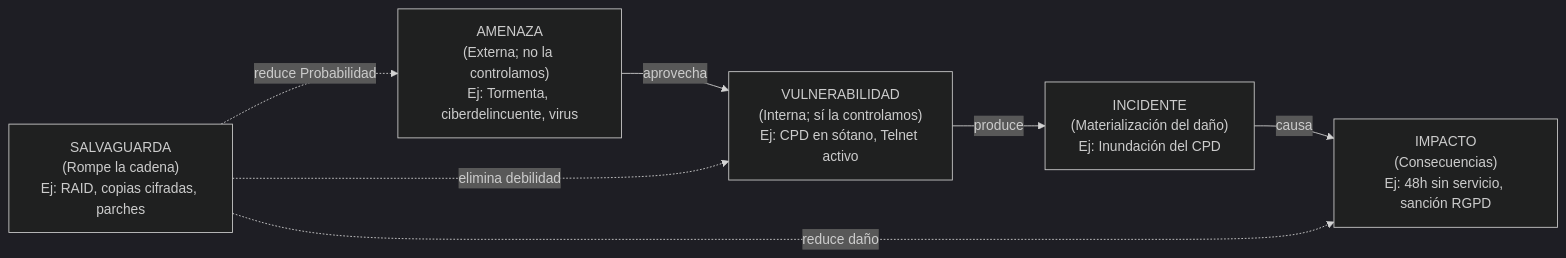
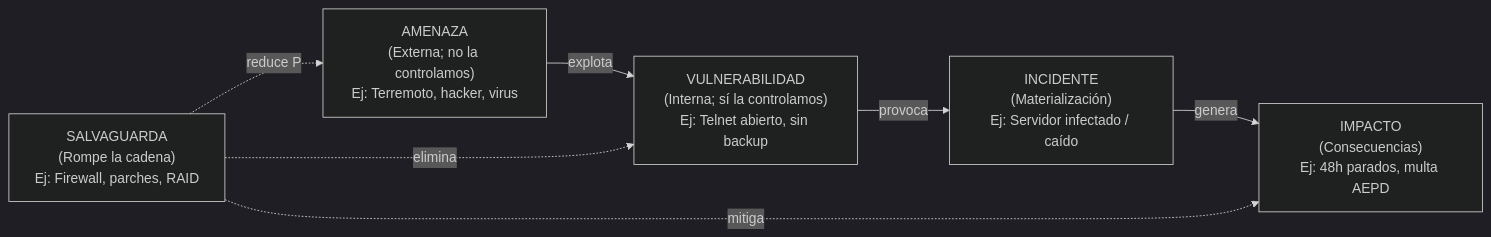
The fourth of 5 diagrams in docs/2-curso/sad/01-fundamentos-seguridad.md (JohnDSil/apuntes_asir), drawn with Mermaid (dark theme) before and after one commit. The commit also changed other lines of this file and 4 other files, not shown here.

````diff
--- a/docs/2-curso/sad/01-fundamentos-seguridad.md
+++ b/docs/2-curso/sad/01-fundamentos-seguridad.md
@@ -99,13 +139,13 @@
 ```mermaid
 flowchart LR
-    AM["AMENAZA\n(Externa; no la controlamos)\nEj: Tormenta, ciberdelincuente, virus"]
-    VU["VULNERABILIDAD\n(Interna; sí la controlamos)\nEj: CPD en sótano, Telnet activo"]
-    IN["INCIDENTE\n(Materialización del daño)\nEj: Inundación del CPD"]
-    IM["IMPACTO\n(Consecuencias)\nEj: 48h sin servicio, sanción RGPD"]
-    SA["SALVAGUARDA\n(Rompe la cadena)\nEj: RAID, copias cifradas, parches"]
+    AM["AMENAZA\n(Externa; no la controlamos)\nEj: Terremoto, hacker, virus"]
+    VU["VULNERABILIDAD\n(Interna; sí la controlamos)\nEj: Telnet abierto, sin backup"]
+    IN["INCIDENTE\n(Materialización)\nEj: Servidor infectado / caído"]
+    IM["IMPACTO\n(Consecuencias)\nEj: 48h parados, multa AEPD"]
+    SA["SALVAGUARDA\n(Rompe la cadena)\nEj: Firewall, parches, RAID"]
 
-    AM -->|"aprovecha"| VU -->|"produce"| IN -->|"causa"| IM
-    SA -.->|"reduce Probabilidad"| AM
-    SA -.->|"elimina debilidad"| VU
-    SA -.->|"reduce daño"| IM
+    AM -->|"explota"| VU -->|"provoca"| IN -->|"genera"| IM
+    SA -.->|"reduce P"| AM
+    SA -.->|"elimina"| VU
+    SA -.->|"mitiga"| IM
 ```
````
